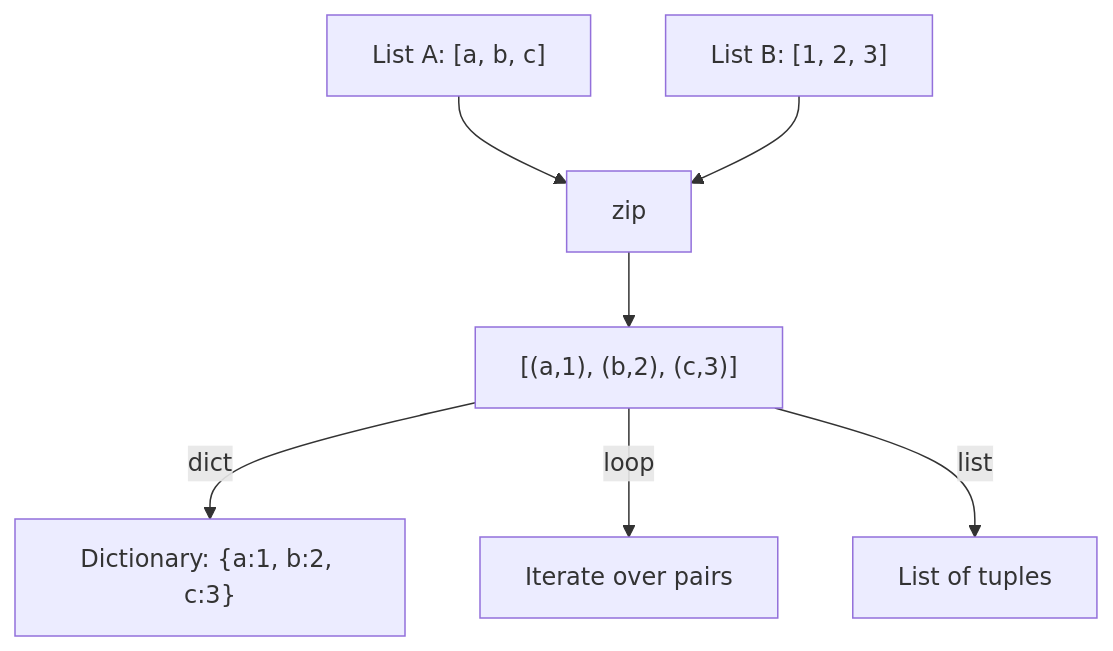
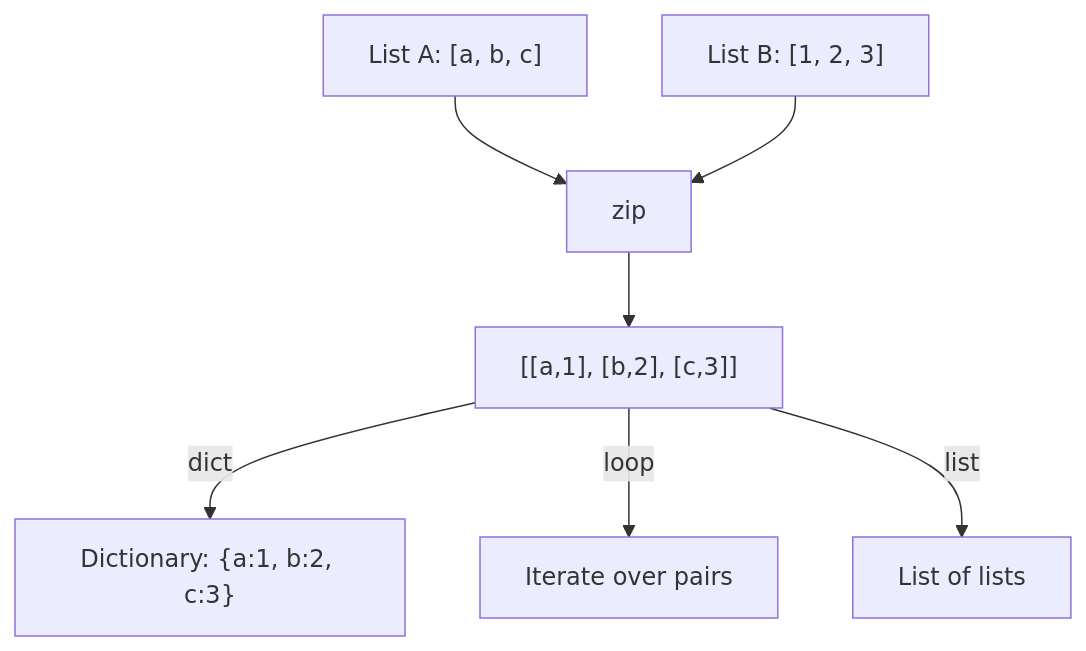
One commit to OneUptime/blog changed the diagram in posts/2026-02-21-how-to-use-zip-filter-to-combine-lists-in-ansible/README.md. Above: the diagram before and after it, drawn with Mermaid. The commit also changed other lines of this file and 2 other files, not shown here.

Commit message:
validate: 2026-02-21-how-to-use-zip-filter-to-combine-lists-in-ansible

````diff
--- a/posts/2026-02-21-how-to-use-zip-filter-to-combine-lists-in-ansible/README.md
+++ b/posts/2026-02-21-how-to-use-zip-filter-to-combine-lists-in-ansible/README.md
@@ -208,9 +209,9 @@
 ```mermaid
 graph TD
     A["List A: [a, b, c]"] --> D[zip]
     B["List B: [1, 2, 3]"] --> D
-    D --> E["[(a,1), (b,2), (c,3)]"]
+    D --> E["[[a,1], [b,2], [c,3]]"]
     E -->|dict| F["Dictionary: {a:1, b:2, c:3}"]
     E -->|loop| G["Iterate over pairs"]
-    E -->|list| H["List of tuples"]
+    E -->|list| H["List of lists"]
 ```
````
